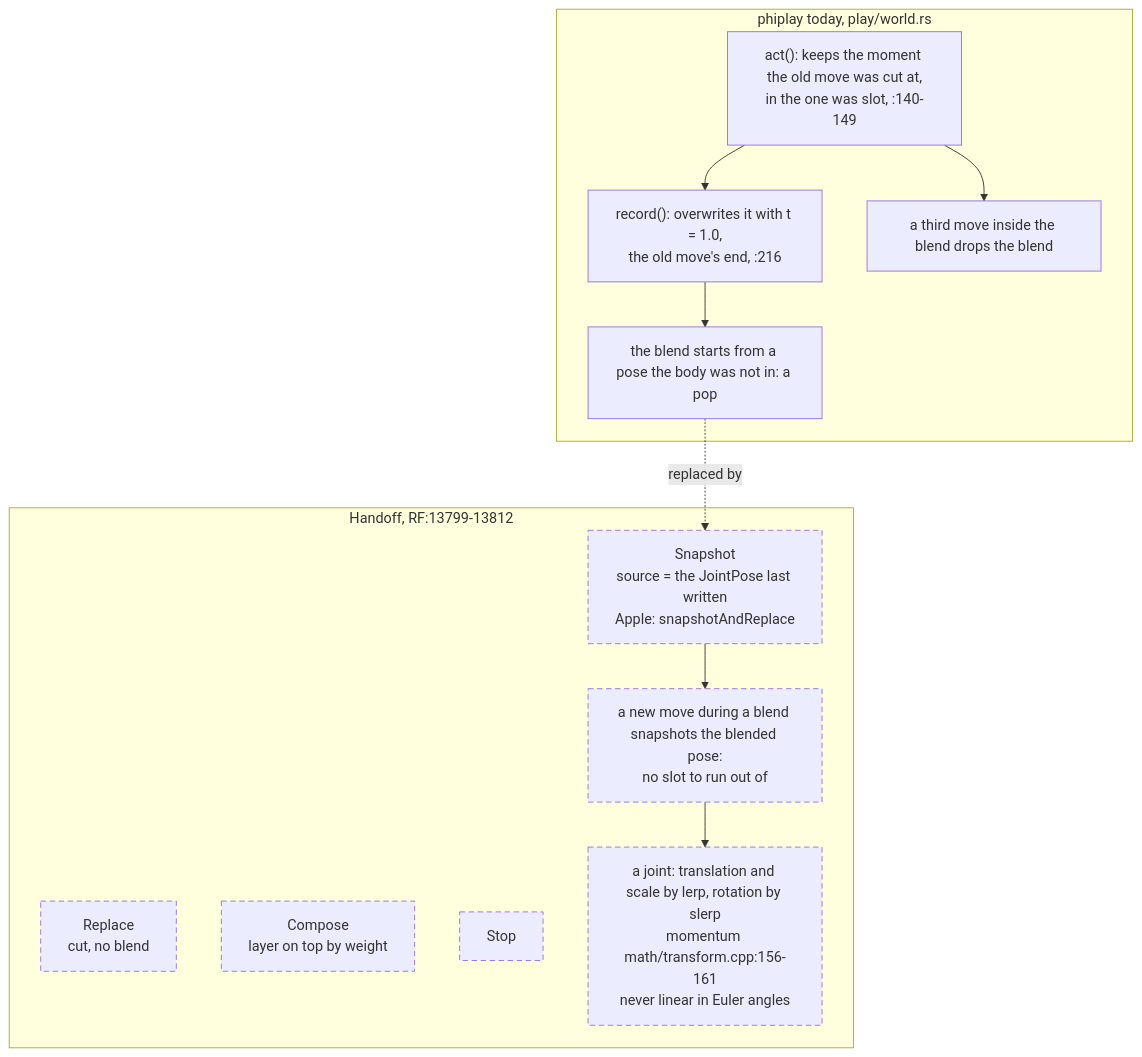
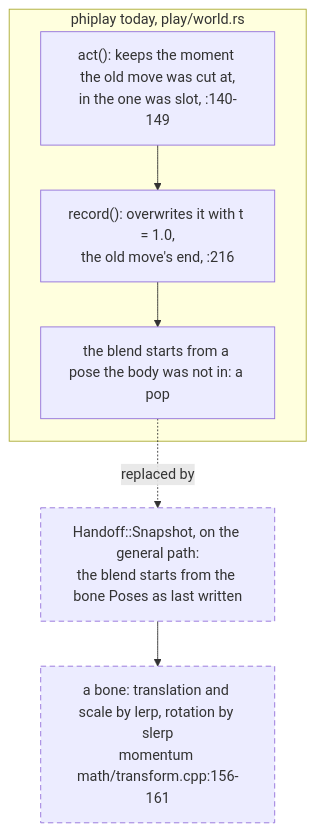
One commit to gemphi/phikit changed the third of 4 diagrams in crates/phicore/phiecs/docs/character.md. Above: the diagram before and after it, drawn with Mermaid. The commit also changed other lines of this file and 21 other files, not shown here.

````diff
--- a/crates/phicore/phiecs/docs/character.md
+++ b/crates/phicore/phiecs/docs/character.md
@@ -59,23 +52,14 @@
 ```mermaid
 graph TB
     subgraph today["phiplay today, play/world.rs"]
         t_act["act(): keeps the moment the old move was cut at,<br/>in the one was slot, :140-149"]
         t_rec["record(): overwrites it with t = 1.0,<br/>the old move's end, :216"]
         t_pop["the blend starts from a pose the body was not in: a pop"]
-        t_third["a third move inside the blend drops the blend"]
         t_act --> t_rec --> t_pop
-        t_act --> t_third
     end
-    subgraph handoff["Handoff, RF:13799-13812"]
-        h_snap["Snapshot<br/>source = the JointPose last written<br/>Apple: snapshotAndReplace"]
-        h_rep["Replace<br/>cut, no blend"]
-        h_comp["Compose<br/>layer on top by weight"]
-        h_stop["Stop"]
-        h_chain["a new move during a blend snapshots the blended pose:<br/>no slot to run out of"]
-        h_math["a joint: translation and scale by lerp, rotation by slerp<br/>momentum math/transform.cpp:156-161<br/>never linear in Euler angles"]
-        h_snap --> h_chain --> h_math
-    end
-    t_pop -.->|"replaced by"| h_snap
+    h_snap["Handoff::Snapshot, on the general path:<br/>the blend starts from the bone Poses as last written"]
+    h_math["a bone: translation and scale by lerp, rotation by slerp<br/>momentum math/transform.cpp:156-161"]
+    t_pop -.->|"replaced by"| h_snap --> h_math
     classDef plan stroke-dasharray: 6 4;
-    class h_snap,h_rep,h_comp,h_stop,h_chain,h_math plan;
+    class h_snap,h_math plan;
 ```
````
